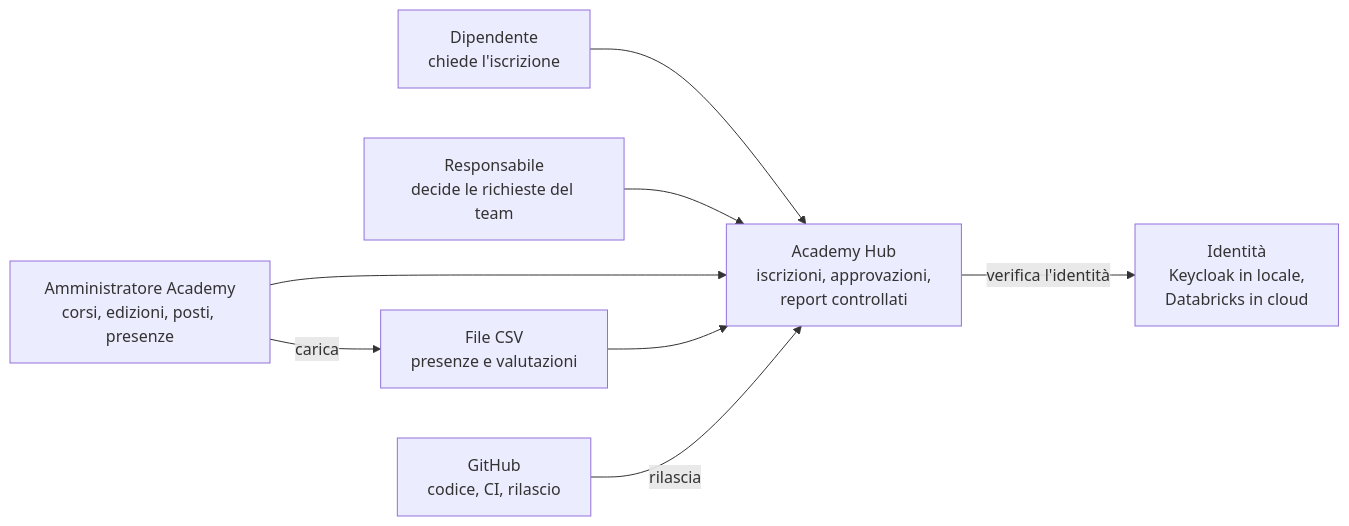
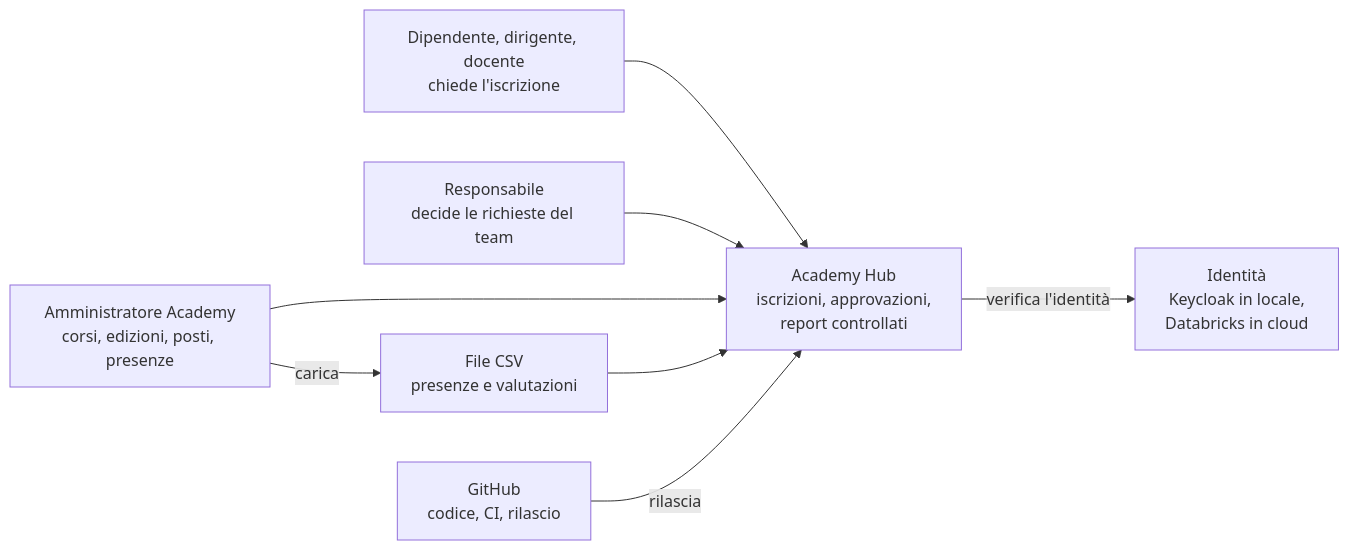
The first of 4 diagrams in docs/architettura.md (fabiocampus/academy-hub), drawn with Mermaid before and after one commit. The commit also changed other lines of this file and 5 other files, not shown here.

````diff
--- a/docs/architettura.md
+++ b/docs/architettura.md
@@ -9,18 +9,18 @@
 ```mermaid
 flowchart LR
-    dip["Dipendente<br/>chiede l'iscrizione"]
+    dip["Dipendente, dirigente, docente<br/>chiede l'iscrizione"]
     resp["Responsabile<br/>decide le richieste del team"]
     adm["Amministratore Academy<br/>corsi, edizioni, posti, presenze"]
     hub["Academy Hub<br/>iscrizioni, approvazioni,<br/>report controllati"]
     idp["Identità<br/>Keycloak in locale,<br/>Databricks in cloud"]
     file["File CSV<br/>presenze e valutazioni"]
     gh["GitHub<br/>codice, CI, rilascio"]
 
     dip --> hub
     resp --> hub
     adm --> hub
     adm -- carica --> file
     file --> hub
     hub -- verifica l'identità --> idp
     gh -- rilascia --> hub
 ```
````
